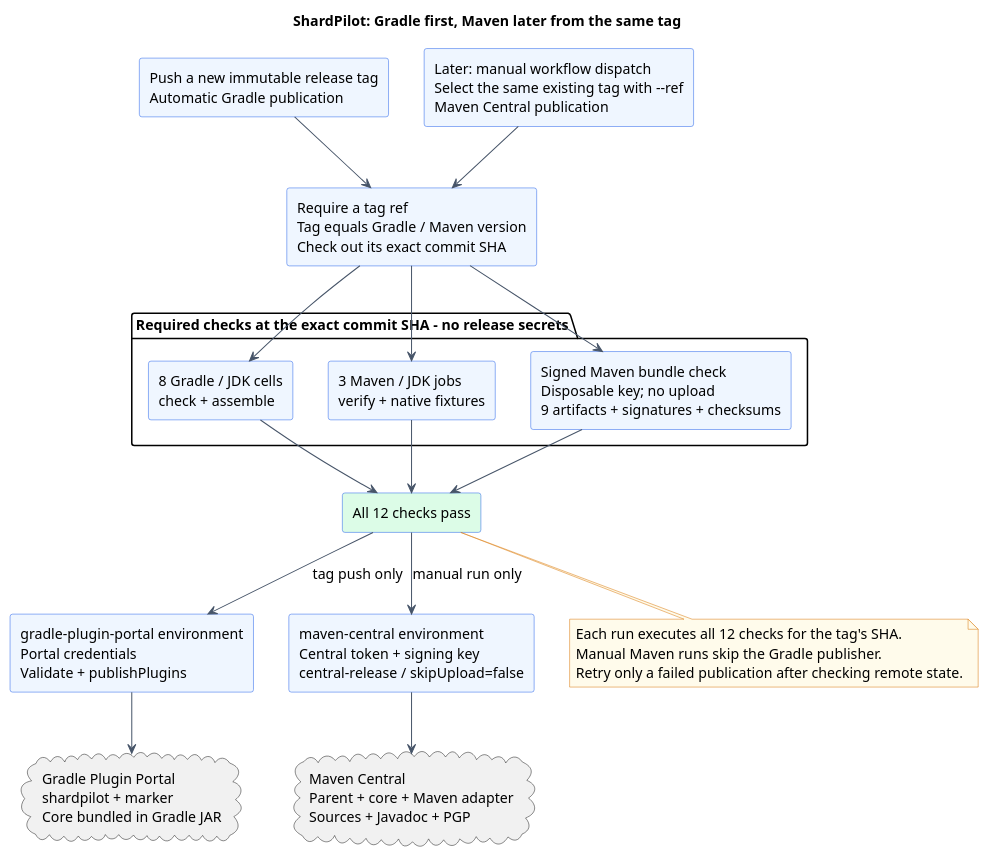
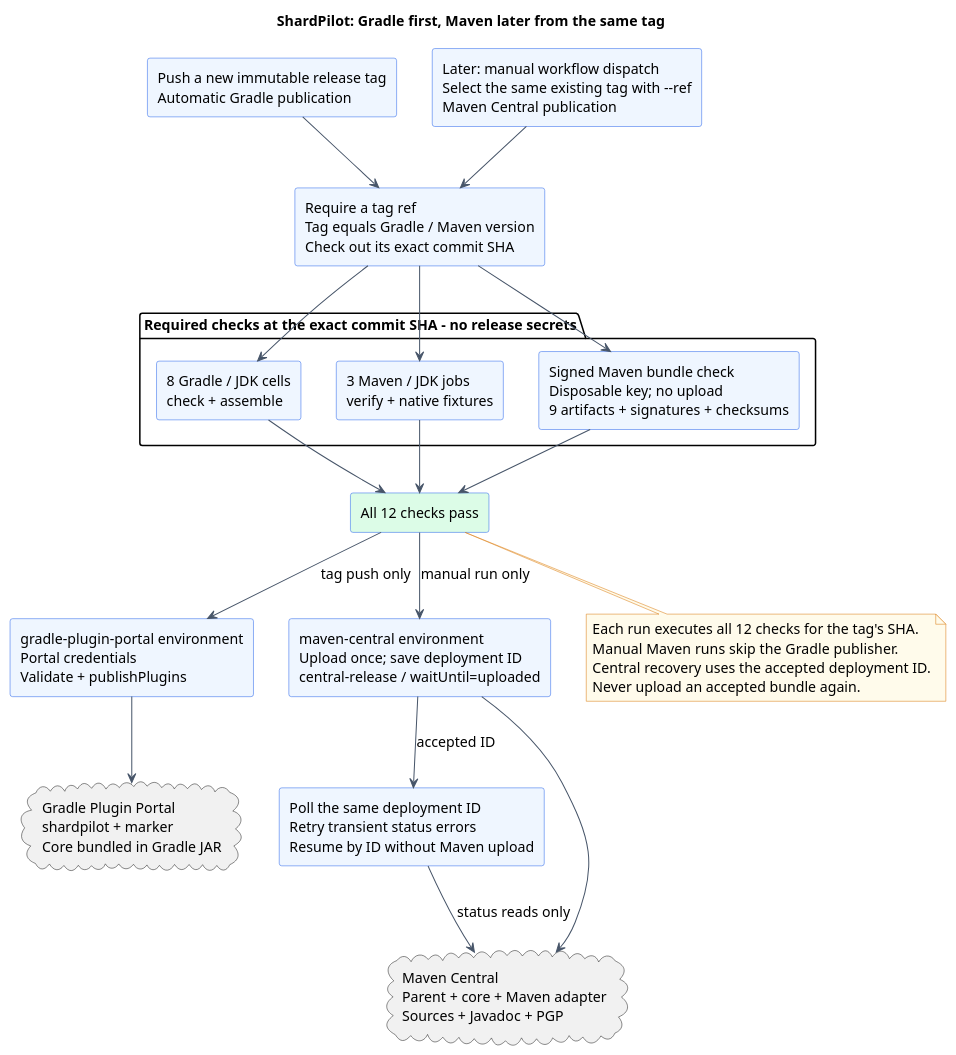
The diagram in docs/diagrams/publication.puml (sjacek/shardpilot), drawn with PlantUML before and after one commit. The commit also changed 14 other files, not shown here.

First line of the commit message:
fix(ci): make Maven Central publication resumable

```diff
--- a/docs/diagrams/publication.puml
+++ b/docs/diagrams/publication.puml
@@ -1,47 +1,51 @@
 @startuml
 title ShardPilot: Gradle first, Maven later from the same tag
 top to bottom direction
 skinparam backgroundColor #FFFFFF
 skinparam shadowing false
 skinparam defaultFontName SansSerif
 skinparam defaultFontSize 14
 skinparam componentStyle rectangle
 skinparam componentBackgroundColor #EFF6FF
 skinparam componentBorderColor #2563EB
 skinparam ArrowColor #475569
 skinparam noteBackgroundColor #FFFBEB
 skinparam noteBorderColor #D97706
 
 component "Push a new immutable release tag\nAutomatic Gradle publication" as tag
 component "Later: manual workflow dispatch\nSelect the same existing tag with --ref\nMaven Central publication" as manual
 component "Require a tag ref\nTag equals Gradle / Maven version\nCheck out its exact commit SHA" as validate
 package "Required checks at the exact commit SHA - no release secrets" {
   component "8 Gradle / JDK cells\ncheck + assemble" as gradleChecks
   component "3 Maven / JDK jobs\nverify + native fixtures" as mavenChecks
   component "Signed Maven bundle check\nDisposable key; no upload\n9 artifacts + signatures + checksums" as bundle
 }
 component "All 12 checks pass" as gate #DCFCE7
 component "gradle-plugin-portal environment\nPortal credentials\nValidate + publishPlugins" as gradlePublish
-component "maven-central environment\nCentral token + signing key\ncentral-release / skipUpload=false" as mavenPublish
+component "maven-central environment\nUpload once; save deployment ID\ncentral-release / waitUntil=uploaded" as mavenPublish
+component "Poll the same deployment ID\nRetry transient status errors\nResume by ID without Maven upload" as status
 cloud "Gradle Plugin Portal\nshardpilot + marker\nCore bundled in Gradle JAR" as portal
 cloud "Maven Central\nParent + core + Maven adapter\nSources + Javadoc + PGP" as central
 
 tag --> validate
 manual --> validate
 validate --> gradleChecks
 validate --> mavenChecks
 validate --> bundle
 gradleChecks --> gate
 mavenChecks --> gate
 bundle --> gate
 gate --> gradlePublish : tag push only
 gate --> mavenPublish : manual run only
 gradlePublish --> portal
 mavenPublish --> central
+mavenPublish --> status : accepted ID
+status --> central : status reads only
 
 note bottom of gate
   Each run executes all 12 checks for the tag's SHA.
   Manual Maven runs skip the Gradle publisher.
-  Retry only a failed publication after checking remote state.
+  Central recovery uses the accepted deployment ID.
+  Never upload an accepted bundle again.
 end note
 @enduml
```
